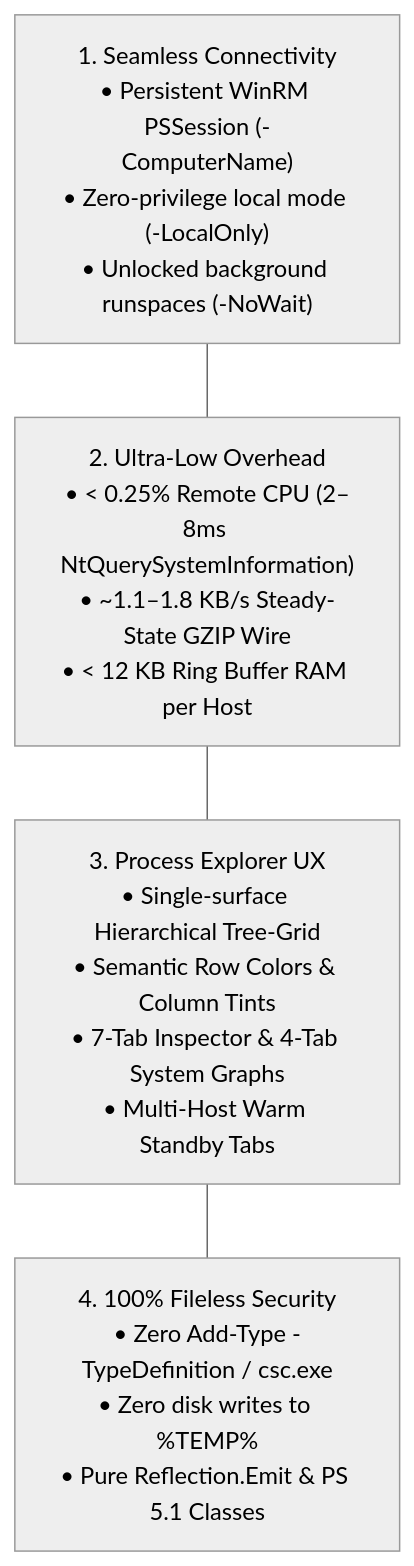
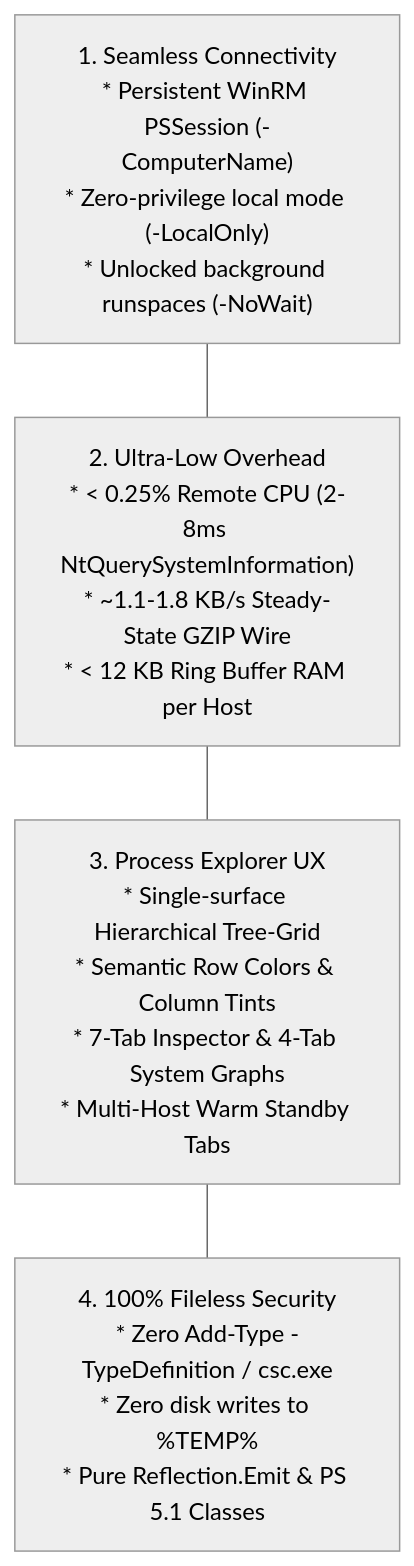
The diagram in PRODUCT.md (exh555/PSRPM), drawn with Mermaid (neutral theme) before and after one commit. The commit also changed other lines of this file and 22 other files, not shown here.

Commit message:
chore(release): v1.5.0 - Process Explorer Full Command Line Hover Tooltips & Responsive UX

````diff
--- a/PRODUCT.md
+++ b/PRODUCT.md
@@ -37,9 +37,9 @@
 ```mermaid
 flowchart TD
-    P1["1. Seamless Connectivity<br/>• Persistent WinRM PSSession (-ComputerName)<br/>• Zero-privilege local mode (-LocalOnly)<br/>• Unlocked background runspaces (-NoWait)"]
-    P2["2. Ultra-Low Overhead<br/>• < 0.25% Remote CPU (2–8ms NtQuerySystemInformation)<br/>• ~1.1–1.8 KB/s Steady-State GZIP Wire<br/>• < 12 KB Ring Buffer RAM per Host"]
-    P3["3. Process Explorer UX<br/>• Single-surface Hierarchical Tree-Grid<br/>• Semantic Row Colors & Column Tints<br/>• 7-Tab Inspector & 4-Tab System Graphs<br/>• Multi-Host Warm Standby Tabs"]
-    P4["4. 100% Fileless Security<br/>• Zero Add-Type -TypeDefinition / csc.exe<br/>• Zero disk writes to %TEMP%<br/>• Pure Reflection.Emit & PS 5.1 Classes"]
+    P1["1. Seamless Connectivity<br/>* Persistent WinRM PSSession (-ComputerName)<br/>* Zero-privilege local mode (-LocalOnly)<br/>* Unlocked background runspaces (-NoWait)"]
+    P2["2. Ultra-Low Overhead<br/>* < 0.25% Remote CPU (2-8ms NtQuerySystemInformation)<br/>* ~1.1-1.8 KB/s Steady-State GZIP Wire<br/>* < 12 KB Ring Buffer RAM per Host"]
+    P3["3. Process Explorer UX<br/>* Single-surface Hierarchical Tree-Grid<br/>* Semantic Row Colors & Column Tints<br/>* 7-Tab Inspector & 4-Tab System Graphs<br/>* Multi-Host Warm Standby Tabs"]
+    P4["4. 100% Fileless Security<br/>* Zero Add-Type -TypeDefinition / csc.exe<br/>* Zero disk writes to %TEMP%<br/>* Pure Reflection.Emit & PS 5.1 Classes"]
 
     P1 --- P2 --- P3 --- P4
 ```
````
